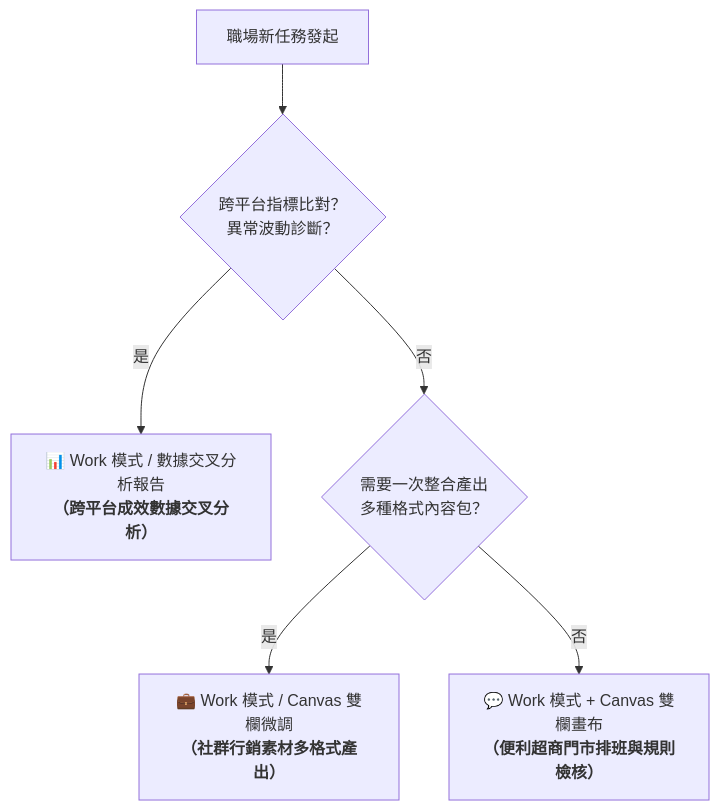
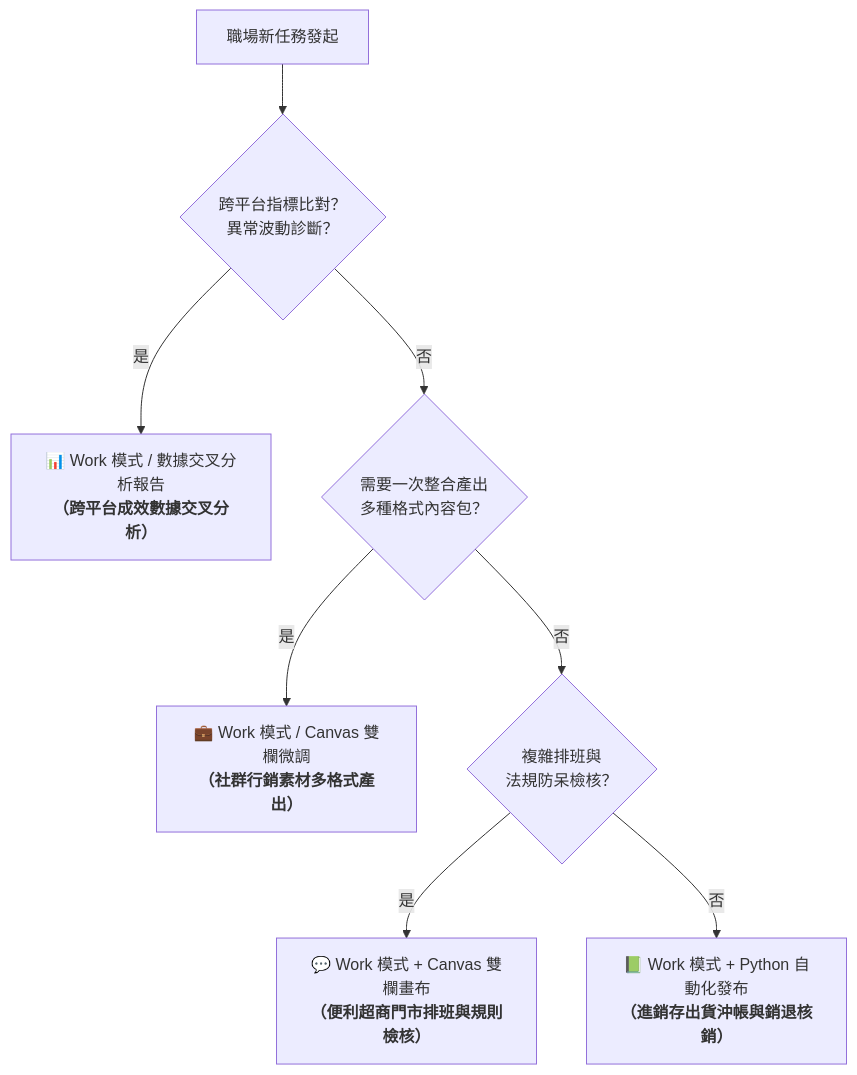
One commit to roberthsu2003/workflow-productivity changed the diagram in 常見的AI應用/實戰範例/README.md. Above: the diagram before and after it, drawn with Mermaid. The commit also changed other lines of this file and 6 other files, not shown here.

````diff
--- a/常見的AI應用/實戰範例/README.md
+++ b/常見的AI應用/實戰範例/README.md
@@ -88,8 +89,10 @@
 ```mermaid
 flowchart TD
     Start["職場新任務發起"] --> Q1{"跨平台指標比對？<br>異常波動診斷？"}
     Q1 -- 是 --> Tool1["📊 Work 模式 / 數據交叉分析報告<br><b>（跨平台成效數據交叉分析）</b>"]
     Q1 -- 否 --> Q2{"需要一次整合產出<br>多種格式內容包？"}
     Q2 -- 是 --> Tool2["💼 Work 模式 / Canvas 雙欄微調<br><b>（社群行銷素材多格式產出）</b>"]
-    Q2 -- 否 --> Tool3["💬 Work 模式 + Canvas 雙欄畫布<br><b>（便利超商門市排班與規則檢核）</b>"]
+    Q2 -- 否 --> Q3{"複雜排班與<br>法規防呆檢核？"}
+    Q3 -- 是 --> Tool3["💬 Work 模式 + Canvas 雙欄畫布<br><b>（便利超商門市排班與規則檢核）</b>"]
+    Q3 -- 否 --> Tool4["📗 Work 模式 + Python 自動化發布<br><b>（進銷存出貨沖帳與銷退核銷）</b>"]
 ```
````
